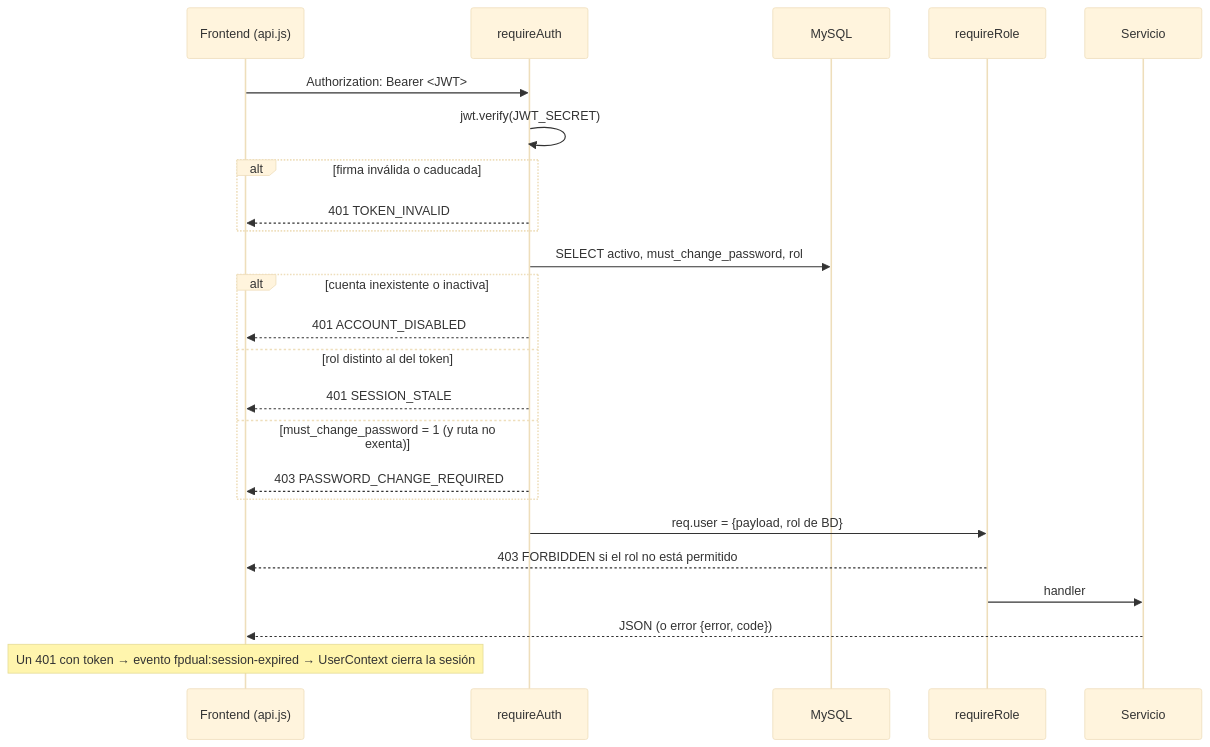
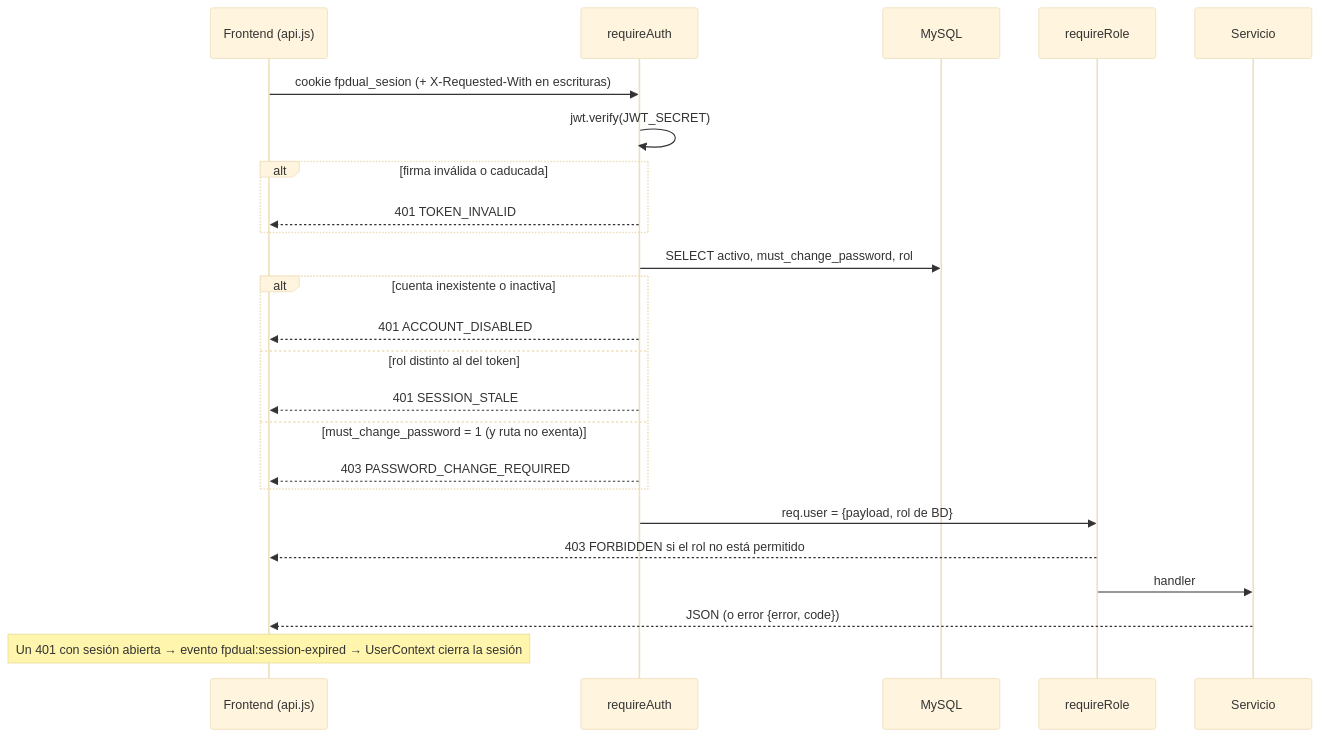
Before and after one commit to Katelynshapoval/Gestor-FP-Dual: the second of 7 diagrams in docs/tecnica/arquitectura/flujos-de-datos.md, drawn with Mermaid (base theme). The commit also changed 58 other files, not shown here.

````diff
--- a/docs/tecnica/arquitectura/flujos-de-datos.md
+++ b/docs/tecnica/arquitectura/flujos-de-datos.md
@@ -22,26 +22,26 @@
 ```mermaid
 sequenceDiagram
   participant UI as Frontend (api.js)
   participant MW as requireAuth
   participant DB as MySQL
   participant RR as requireRole
   participant SV as Servicio
-  UI->>MW: Authorization: Bearer <JWT>
+  UI->>MW: cookie fpdual_sesion (+ X-Requested-With en escrituras)
   MW->>MW: jwt.verify(JWT_SECRET)
   alt firma inválida o caducada
     MW-->>UI: 401 TOKEN_INVALID
   end
   MW->>DB: SELECT activo, must_change_password, rol
   alt cuenta inexistente o inactiva
     MW-->>UI: 401 ACCOUNT_DISABLED
   else rol distinto al del token
     MW-->>UI: 401 SESSION_STALE
   else must_change_password = 1 (y ruta no exenta)
     MW-->>UI: 403 PASSWORD_CHANGE_REQUIRED
   end
   MW->>RR: req.user = {payload, rol de BD}
   RR-->>UI: 403 FORBIDDEN si el rol no está permitido
   RR->>SV: handler
   SV-->>UI: JSON (o error {error, code})
-  Note over UI: Un 401 con token → evento fpdual:session-expired → UserContext cierra la sesión
+  Note over UI: Un 401 con sesión abierta → evento fpdual:session-expired → UserContext cierra la sesión
 ```
````
